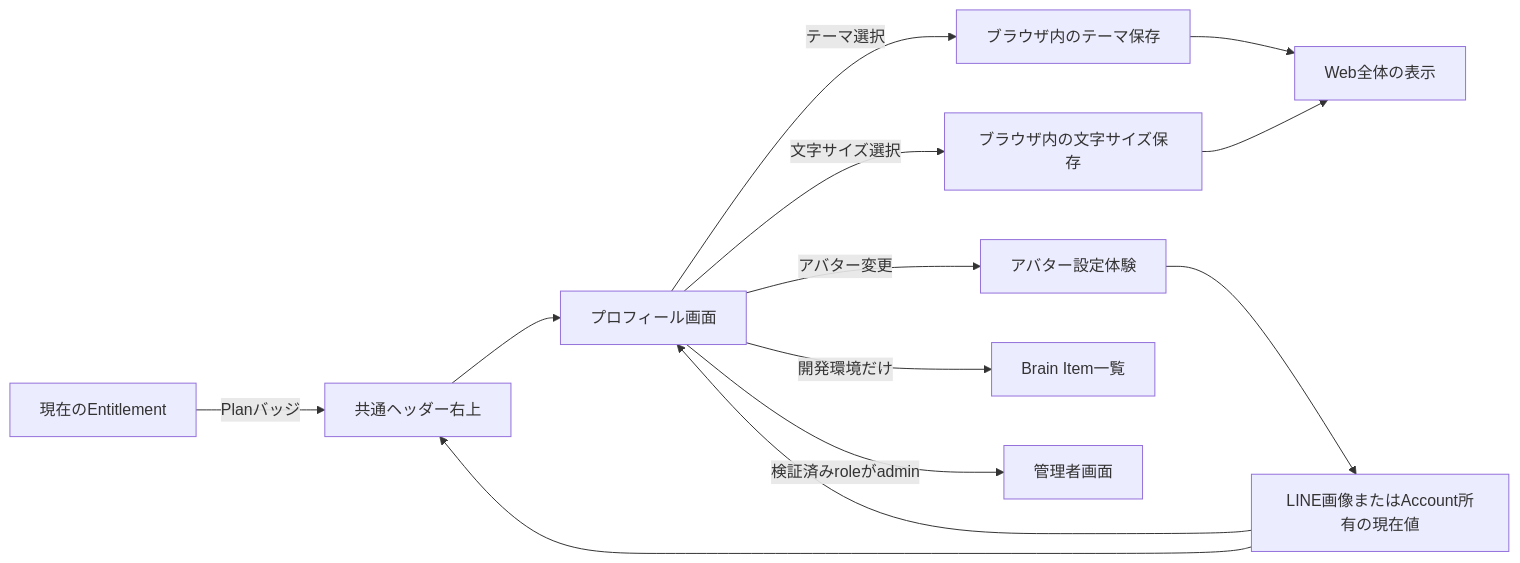
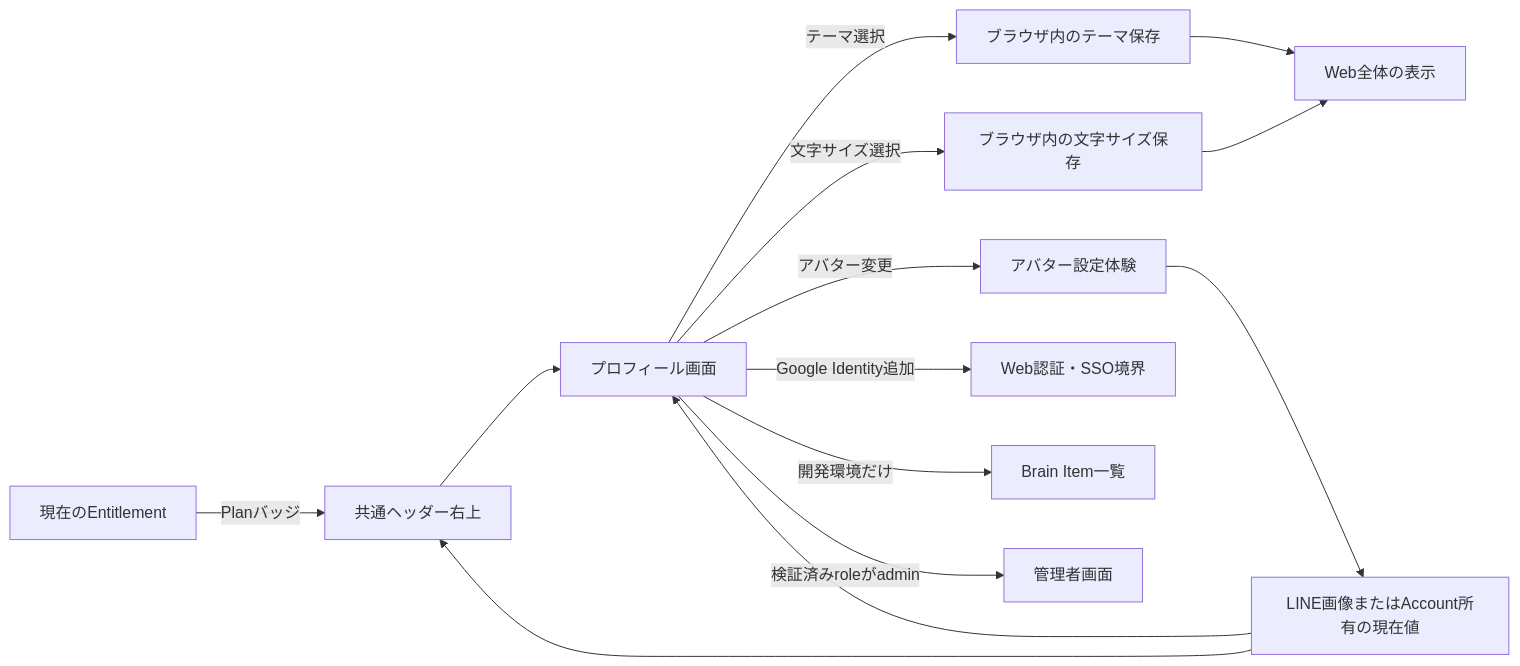
The second of 2 diagrams in docs/product/profile-settings-experience.md (kkyosuke/me-builder), drawn with Mermaid before and after one commit. The commit also changed other lines of this file and 28 other files, not shown here.

````diff
--- a/docs/product/profile-settings-experience.md
+++ b/docs/product/profile-settings-experience.md
@@ -206,15 +222,16 @@
 ```mermaid
 flowchart LR
     H[共通ヘッダー右上] --> P[プロフィール画面]
     P -->|テーマ選択| B[ブラウザ内のテーマ保存]
     B --> V[Web全体の表示]
     P -->|文字サイズ選択| F[ブラウザ内の文字サイズ保存]
     F --> V
     P -->|アバター変更| A[アバター設定体験]
+    P -->|Google Identity追加| S[Web認証・SSO境界]
     P -->|開発環境だけ| BI[Brain Item一覧]
     P -->|検証済みroleがadmin| M[管理者画面]
     A --> D[LINE画像またはAccount所有の現在値]
     D --> P
     D --> H
     E[現在のEntitlement] -->|Planバッジ| H
 ```
````
